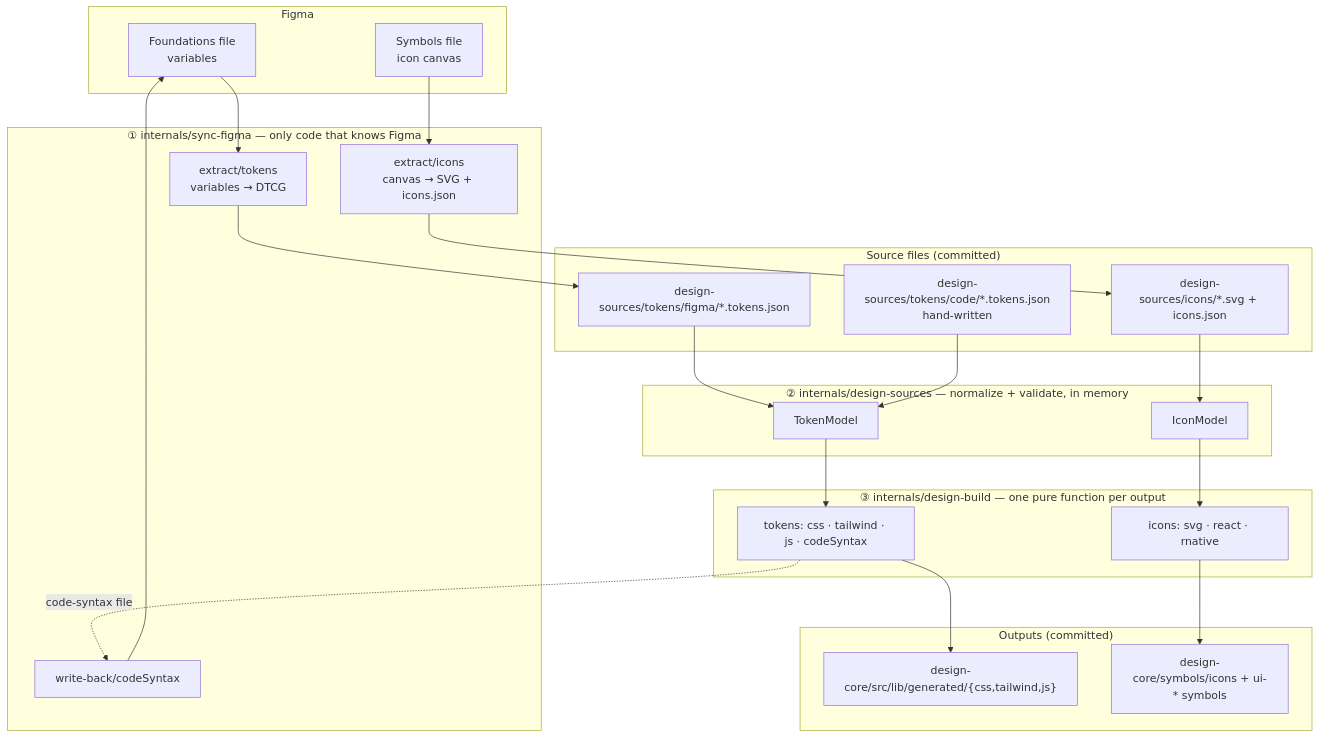
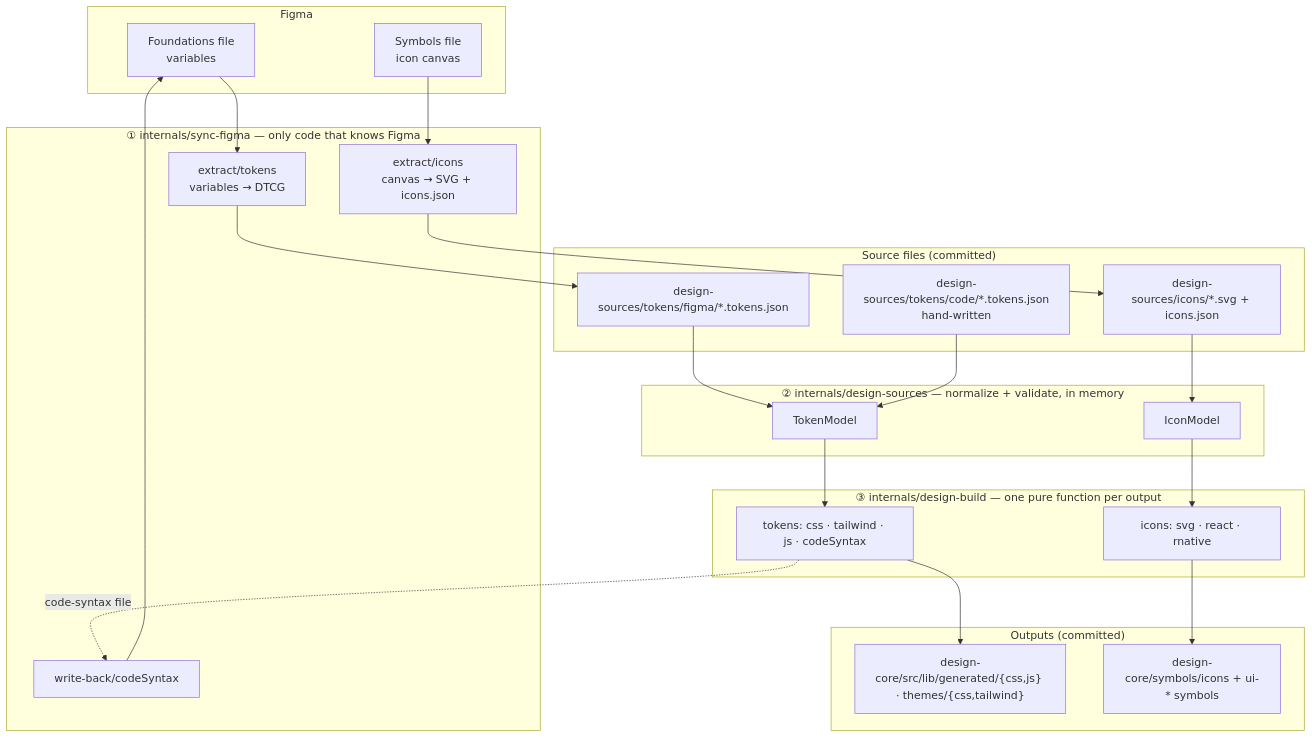
One commit to LedgerHQ/lumen changed the second of 5 diagrams in docs/adr/0003-design-pipeline.md. Above: the diagram before and after it, drawn with Mermaid. The commit also changed other lines of this file and 110 other files, not shown here.

````diff
--- a/docs/adr/0003-design-pipeline.md
+++ b/docs/adr/0003-design-pipeline.md
@@ -152,37 +152,37 @@
 ```mermaid
 flowchart TD
   subgraph FIG["Figma"]
     FV["Foundations file<br/>variables"]
     FS["Symbols file<br/>icon canvas"]
   end
   subgraph S1["① internals/sync-figma — only code that knows Figma"]
     XT["extract/tokens<br/>variables → DTCG"]
     XI["extract/icons<br/>canvas → SVG + icons.json"]
     WB["write-back/codeSyntax"]
   end
   subgraph SRC["Source files (committed)"]
     TF["design-sources/tokens/figma/*.tokens.json"]
     TC["design-sources/tokens/code/*.tokens.json<br/>hand-written"]
     IS["design-sources/icons/*.svg + icons.json"]
   end
   subgraph S2["② internals/design-sources — normalize + validate, in memory"]
     TM["TokenModel"]
     IM["IconModel"]
   end
   subgraph S3["③ internals/design-build — one pure function per output"]
     OT["tokens: css · tailwind · js · codeSyntax"]
     OI["icons: svg · react · rnative"]
   end
   subgraph OUT["Outputs (committed)"]
-    G["design-core/src/lib/generated/{css,tailwind,js}"]
+    G["design-core/src/lib/generated/{css,js} · themes/{css,tailwind}"]
     SY["design-core/symbols/icons + ui-* symbols"]
   end
   FV --> XT --> TF
   FS --> XI --> IS
   TF --> TM
   TC --> TM
   IS --> IM
   TM --> OT --> G
   IM --> OI --> SY
   OT -.->|"code-syntax file"| WB --> FV
 ```
````
